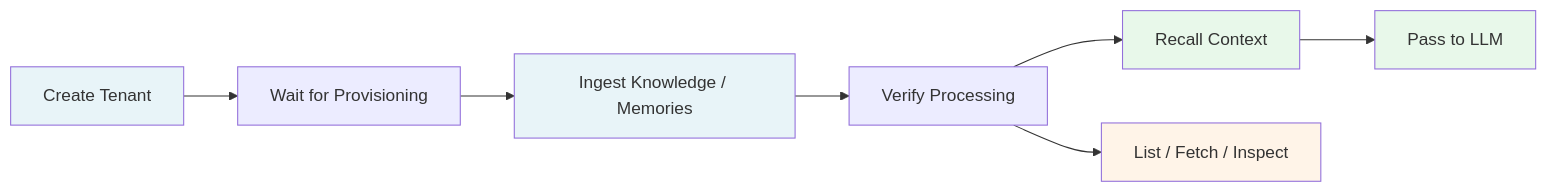
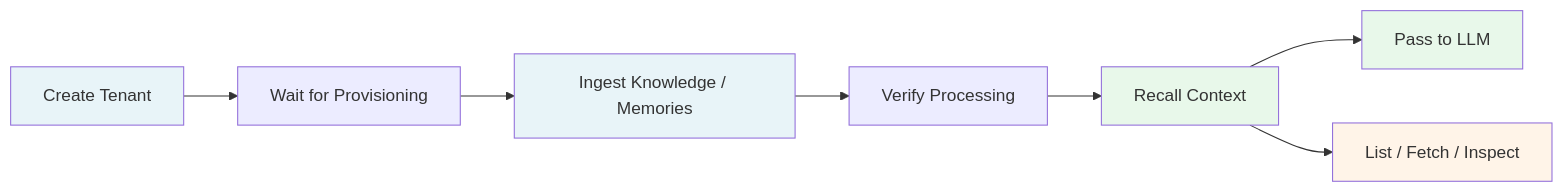
One commit to hydra-db/mintlify-docs changed the diagram in 9May_interns_docs/api-reference_new/00-api-reference-landing.mdx. Above: the diagram before and after it, drawn with Mermaid. The commit also changed other lines of this file and 38 other files, not shown here.

````diff
--- a/9May_interns_docs/api-reference_new/00-api-reference-landing.mdx
+++ b/9May_interns_docs/api-reference_new/00-api-reference-landing.mdx
@@ -28,15 +29,15 @@
 ```mermaid
 flowchart LR
- A[Create Tenant] --> B[Wait for Provisioning]
- B --> C[Ingest Knowledge / Memories]
- C --> D[Verify Processing]
- D --> E[Recall Context]
- E --> F[Pass to LLM]
- D --> G[List / Fetch / Inspect]
+    A[Create Tenant] --> B[Wait for Provisioning]
+    B --> C[Ingest Knowledge / Memories]
+    C --> D[Verify Processing]
+    D --> E[Recall Context]
+    E --> F[Pass to LLM]
+    E --> G[List / Fetch / Inspect]
 
- style A fill:#e8f4f8
- style C fill:#e8f4f8
- style E fill:#e8f8ea
- style F fill:#e8f8ea
- style G fill:#fff4e8
+    style A fill:#e8f4f8
+    style C fill:#e8f4f8
+    style E fill:#e8f8ea
+    style F fill:#e8f8ea
+    style G fill:#fff4e8
 ```
````
